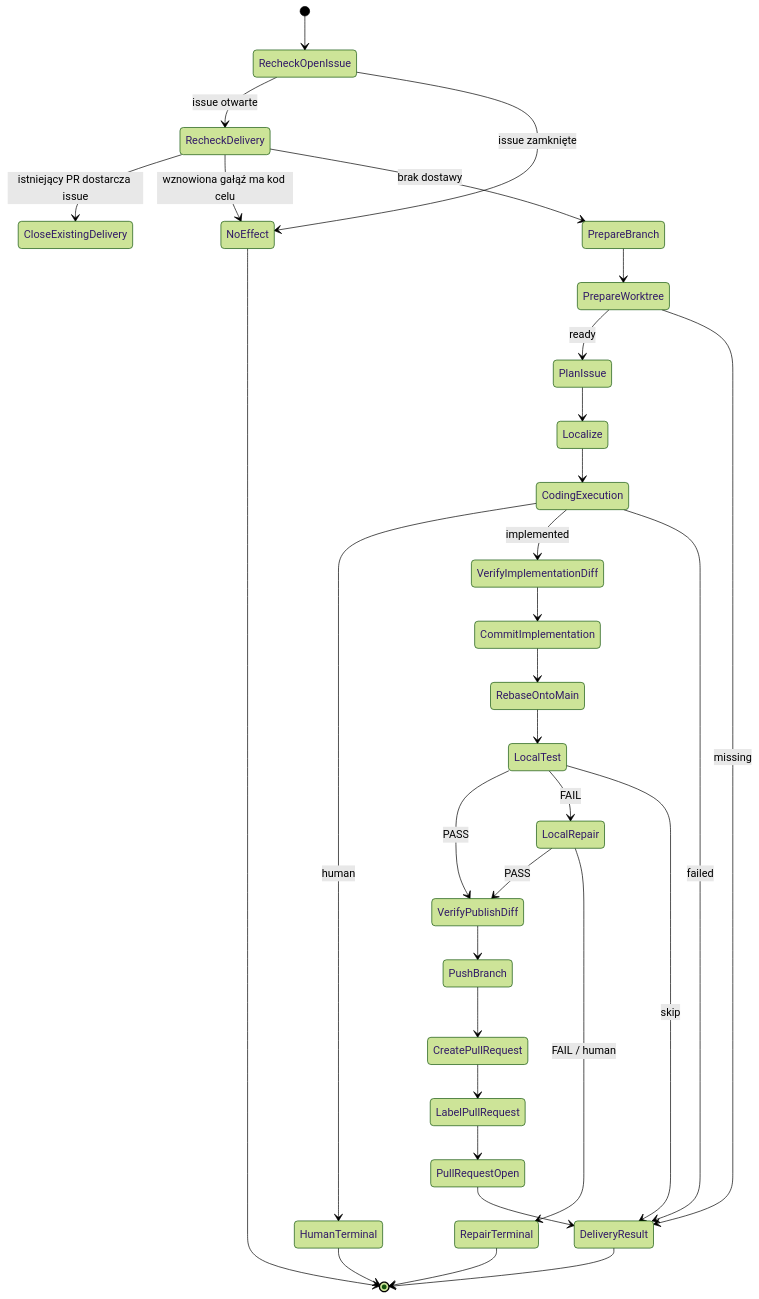
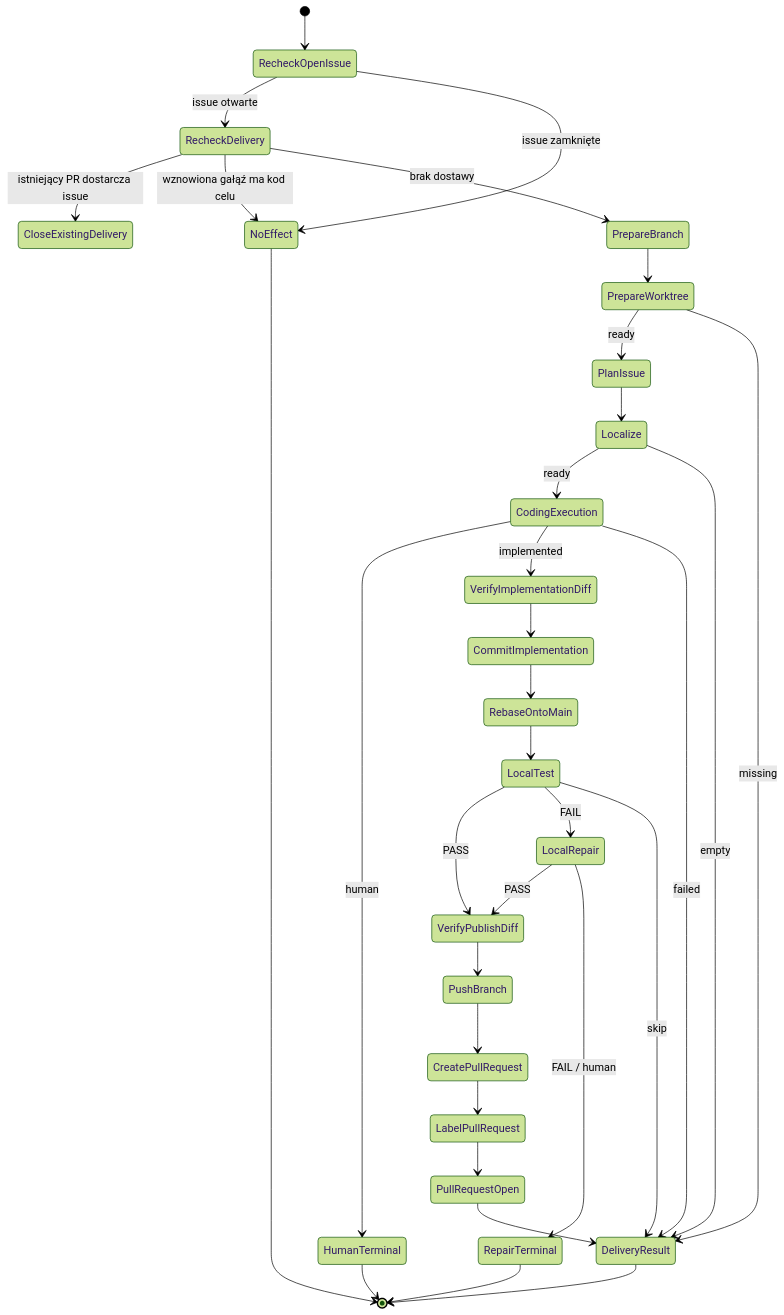
Diagram 42 of 47 in README.md (mikolaj92/lokay), drawn with Mermaid (forest theme) before and after one commit. The commit also changed other lines of this file and 13 other files, not shown here.

First line of the commit message:
Skip coding when localize is empty

````diff
--- a/README.md
+++ b/README.md
@@ -1125,34 +1125,35 @@
 ```mermaid
 stateDiagram-v2
     [*] --> RecheckOpenIssue
     RecheckOpenIssue --> RecheckDelivery: issue otwarte
     RecheckOpenIssue --> NoEffect: issue zamknięte
     RecheckDelivery --> CloseExistingDelivery: istniejący PR dostarcza issue
     RecheckDelivery --> NoEffect: wznowiona gałąź ma kod celu
     RecheckDelivery --> PrepareBranch: brak dostawy
     PrepareBranch --> PrepareWorktree
     PrepareWorktree --> PlanIssue: ready
     PrepareWorktree --> DeliveryResult: missing
     PlanIssue --> Localize
-    Localize --> CodingExecution
+    Localize --> CodingExecution: ready
+    Localize --> DeliveryResult: empty
     CodingExecution --> HumanTerminal: human
     CodingExecution --> VerifyImplementationDiff: implemented
     CodingExecution --> DeliveryResult: failed
     VerifyImplementationDiff --> CommitImplementation
     CommitImplementation --> RebaseOntoMain
     RebaseOntoMain --> LocalTest
     LocalTest --> VerifyPublishDiff: PASS
     LocalTest --> LocalRepair: FAIL
     LocalTest --> DeliveryResult: skip
     LocalRepair --> VerifyPublishDiff: PASS
     LocalRepair --> RepairTerminal: FAIL / human
     VerifyPublishDiff --> PushBranch
     PushBranch --> CreatePullRequest
     CreatePullRequest --> LabelPullRequest
     LabelPullRequest --> PullRequestOpen
     PullRequestOpen --> DeliveryResult
     DeliveryResult --> [*]
     NoEffect --> [*]
     HumanTerminal --> [*]
     RepairTerminal --> [*]
 ```
````
